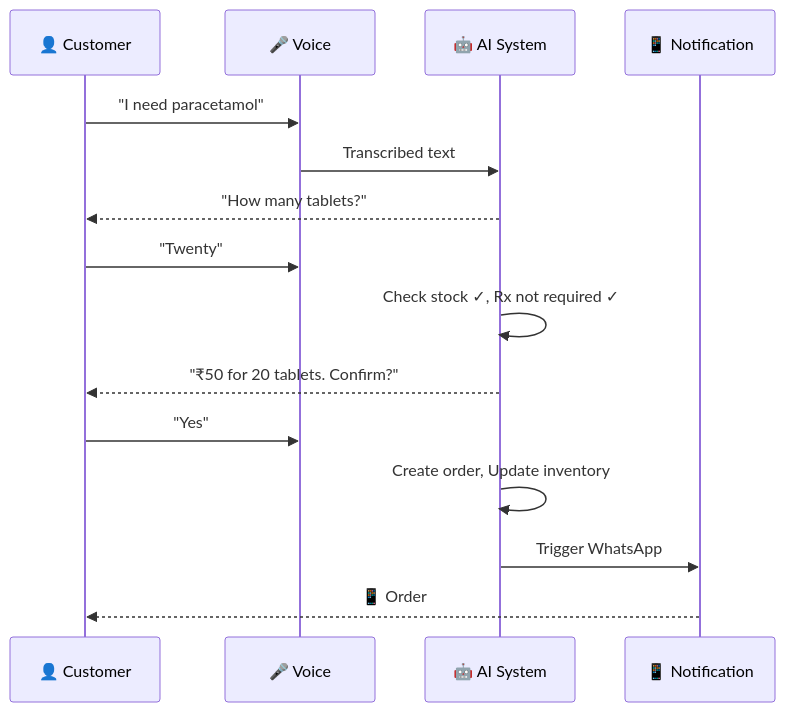
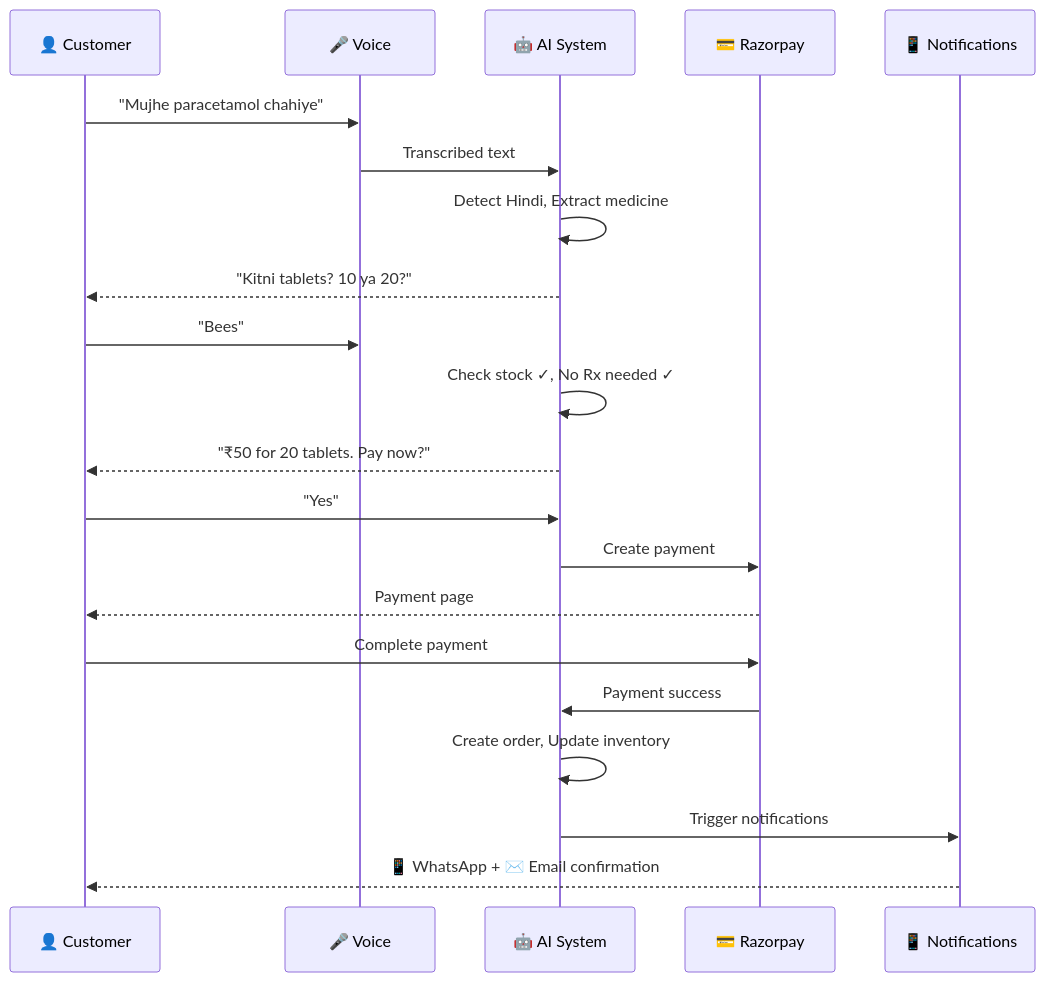
Diagram 11 of 14 in README.md (kartik-shirale/hackfusion-3), drawn with Mermaid before and after one commit. The commit also changed other lines of this file, not shown here.

````diff
--- a/README.md
+++ b/README.md
@@ -349,18 +457,24 @@
 ```mermaid
 sequenceDiagram
     participant C as 👤 Customer
     participant V as 🎤 Voice
     participant AI as 🤖 AI System
-    participant N as 📱 Notification
+    participant P as 💳 Razorpay
+    participant N as 📱 Notifications
     
-    C->>V: "I need paracetamol"
+    C->>V: "Mujhe paracetamol chahiye"
     V->>AI: Transcribed text
-    AI-->>C: "How many tablets?"
-    C->>V: "Twenty"
-    AI->>AI: Check stock ✓, Rx not required ✓
-    AI-->>C: "₹50 for 20 tablets. Confirm?"
-    C->>V: "Yes"
+    AI->>AI: Detect Hindi, Extract medicine
+    AI-->>C: "Kitni tablets? 10 ya 20?"
+    C->>V: "Bees"
+    AI->>AI: Check stock ✓, No Rx needed ✓
+    AI-->>C: "₹50 for 20 tablets. Pay now?"
+    C->>AI: "Yes"
+    AI->>P: Create payment
+    P-->>C: Payment page
+    C->>P: Complete payment
+    P->>AI: Payment success
     AI->>AI: Create order, Update inventory
-    AI->>N: Trigger WhatsApp
-    N-->>C: 📱 Order #12345 confirmed!
+    AI->>N: Trigger notifications
+    N-->>C: 📱 WhatsApp + ✉️ Email confirmation
 ```
````
